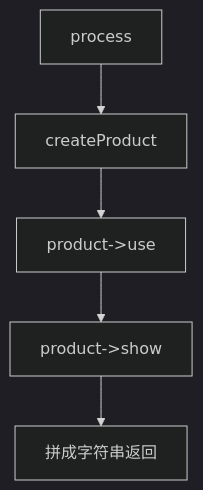
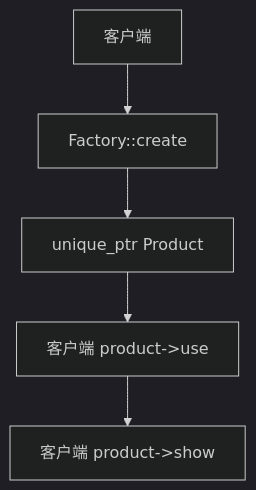
One commit to zackdlut/design_pattern changed the sixth of 9 diagrams in docs/creational/factory_method.md. Above: the diagram before and after it, drawn with Mermaid (dark theme). The commit also changed other lines of this file and 12 other files, not shown here.

````diff
--- a/docs/creational/factory_method.md
+++ b/docs/creational/factory_method.md
@@ -174,7 +170,7 @@
 ```mermaid
 flowchart TD
-  P[process] --> F[createProduct]
-  F --> U[product->use]
-  U --> S[product->show]
-  S --> R[拼成字符串返回]
+  C[客户端] --> F[Factory::create]
+  F --> P[unique_ptr Product]
+  P --> U[客户端 product->use]
+  U --> S[客户端 product->show]
 ```
````
